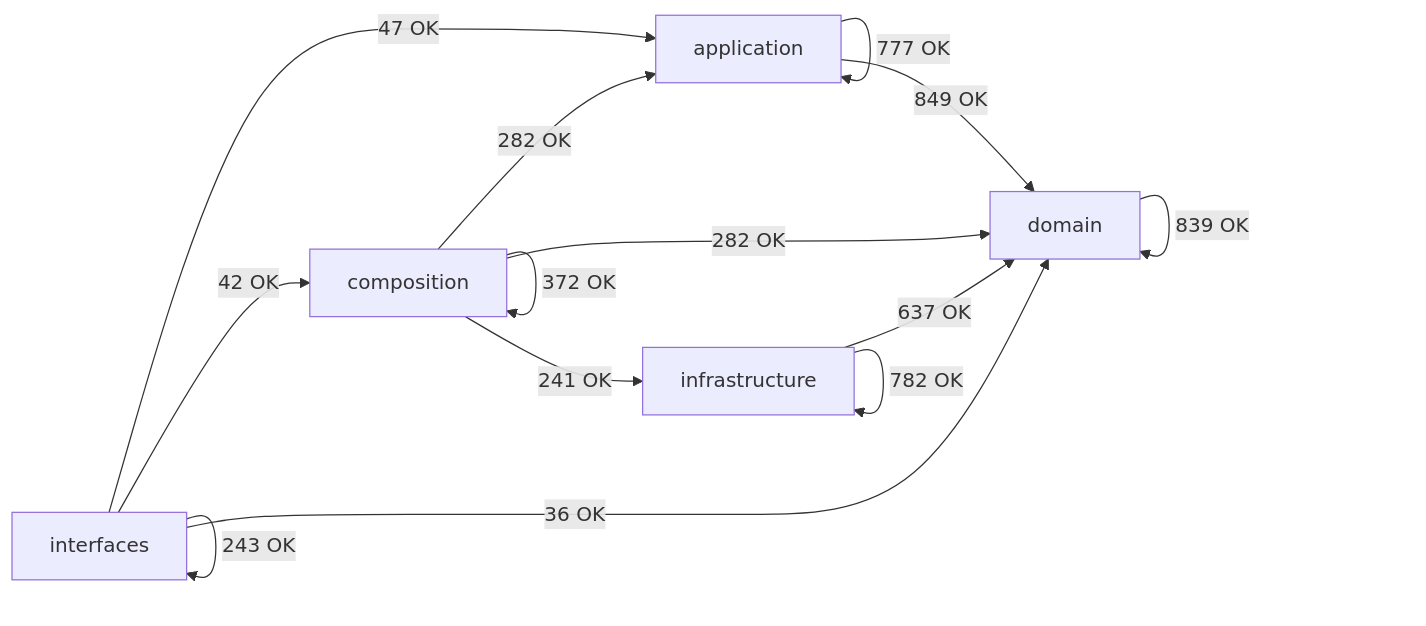
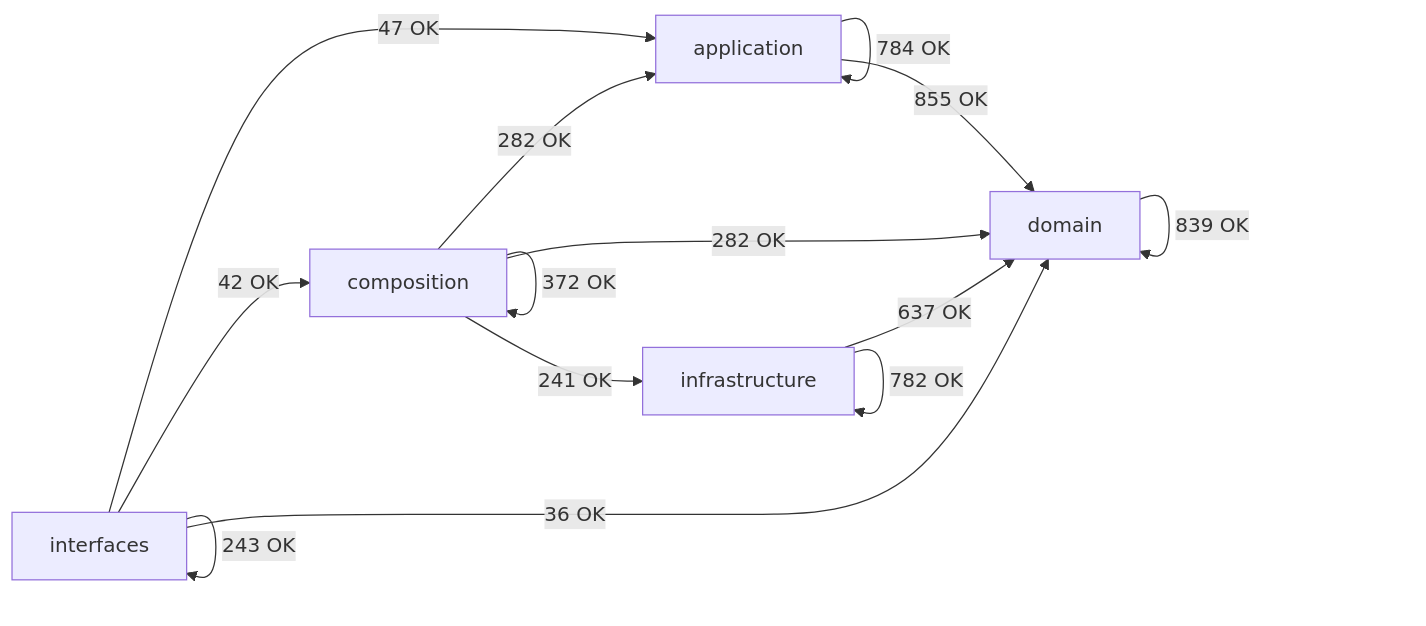
One commit to SatoryKono/BioactivityDataAcquisition changed the diagram in docs/02-architecture/generated/module-dependency-map.md. Above: the diagram before and after it, drawn with Mermaid. The commit also changed other lines of this file and 52 other files, not shown here.

````diff
--- a/docs/02-architecture/generated/module-dependency-map.md
+++ b/docs/02-architecture/generated/module-dependency-map.md
@@ -26,21 +26,21 @@
 ```mermaid
 flowchart LR
     domain[domain]
     application[application]
     infrastructure[infrastructure]
     composition[composition]
     interfaces[interfaces]
-    application -->|777 OK| application
-    application -->|849 OK| domain
+    application -->|784 OK| application
+    application -->|855 OK| domain
     composition -->|282 OK| application
     composition -->|372 OK| composition
     composition -->|282 OK| domain
     composition -->|241 OK| infrastructure
     domain -->|839 OK| domain
     infrastructure -->|637 OK| domain
     infrastructure -->|782 OK| infrastructure
     interfaces -->|47 OK| application
     interfaces -->|42 OK| composition
     interfaces -->|36 OK| domain
     interfaces -->|243 OK| interfaces
 ```
````
